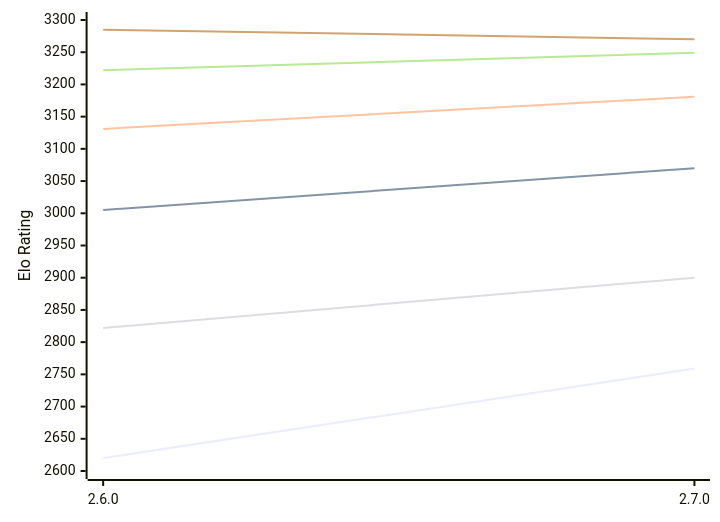
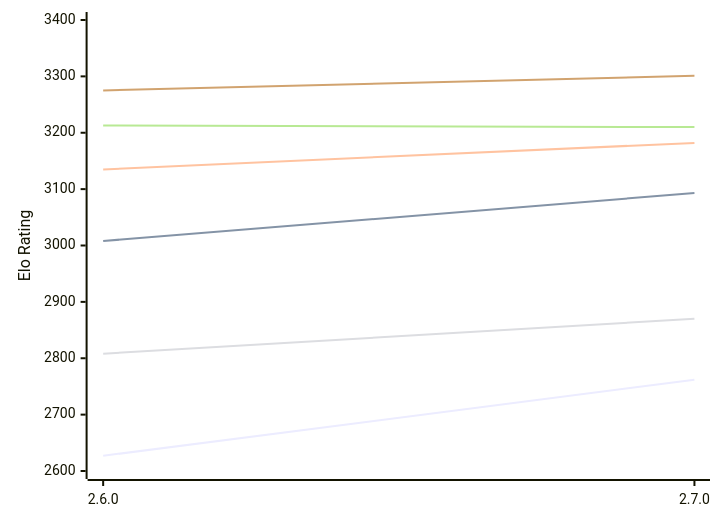
The first of 2 diagrams in engines/Sturddle2.md (computer-chess-index/cci), drawn with Mermaid before and after one commit. The commit also changed other lines of this file, not shown here.

Commit message:
Update CCI Ratings (ELO VLTC) - 2026-10-13

````diff
--- a/engines/Sturddle2.md
+++ b/engines/Sturddle2.md
@@ -51,12 +51,12 @@
 ```mermaid
 %%{init: {"theme":"base","themeVariables":{"seriesColors:['#a3a3a3','#222221','#faa371']}}}%%
 xychart-beta
   x-axis ["2.6.0", "2.7.0"]
-  y-axis "Elo Rating" 2600 --> 3300
-  line "E1: STC (8.0+0.08s)" [2620, 2759]
-  line "E1: LTC (60.0+0.60s)" [3005, 3070]
-  line "E1: VLTC (2m24s+1.12s)" [3131, 3181]
-  line "P1: STC (8.0+0.08s)" [2822, 2900]
-  line "P1: LTC (60.0+0.60s)" [3222, 3249]
-  line "P1: VLTC (2m24s+1.12s)" [3285, 3270]
+  y-axis "Elo Rating" 2600 --> 3400
+  line "E1: STC (8.0+0.08s)" [2627, 2762]
+  line "E1: LTC (60.0+0.60s)" [3008, 3093]
+  line "E1: VLTC (2m24s+1.12s)" [3135, 3182]
+  line "P1: STC (8.0+0.08s)" [2808, 2870]
+  line "P1: LTC (60.0+0.60s)" [3213, 3210]
+  line "P1: VLTC (2m24s+1.12s)" [3275, 3301]
 ```
````
